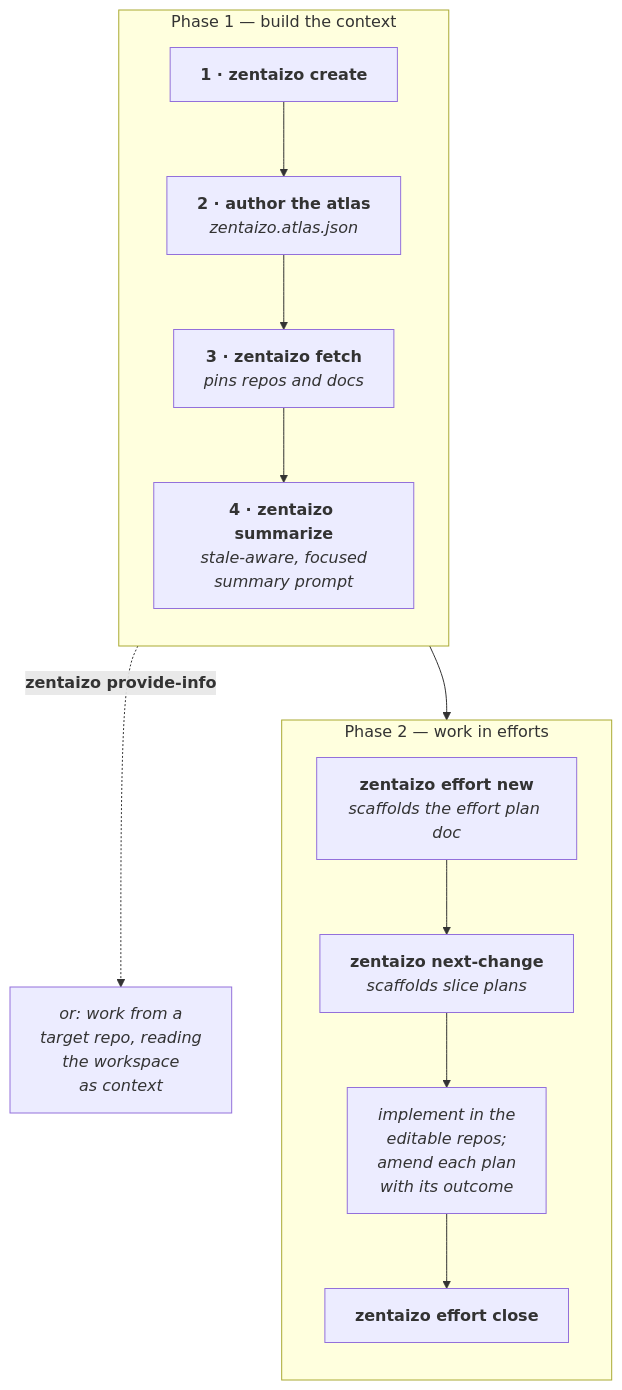
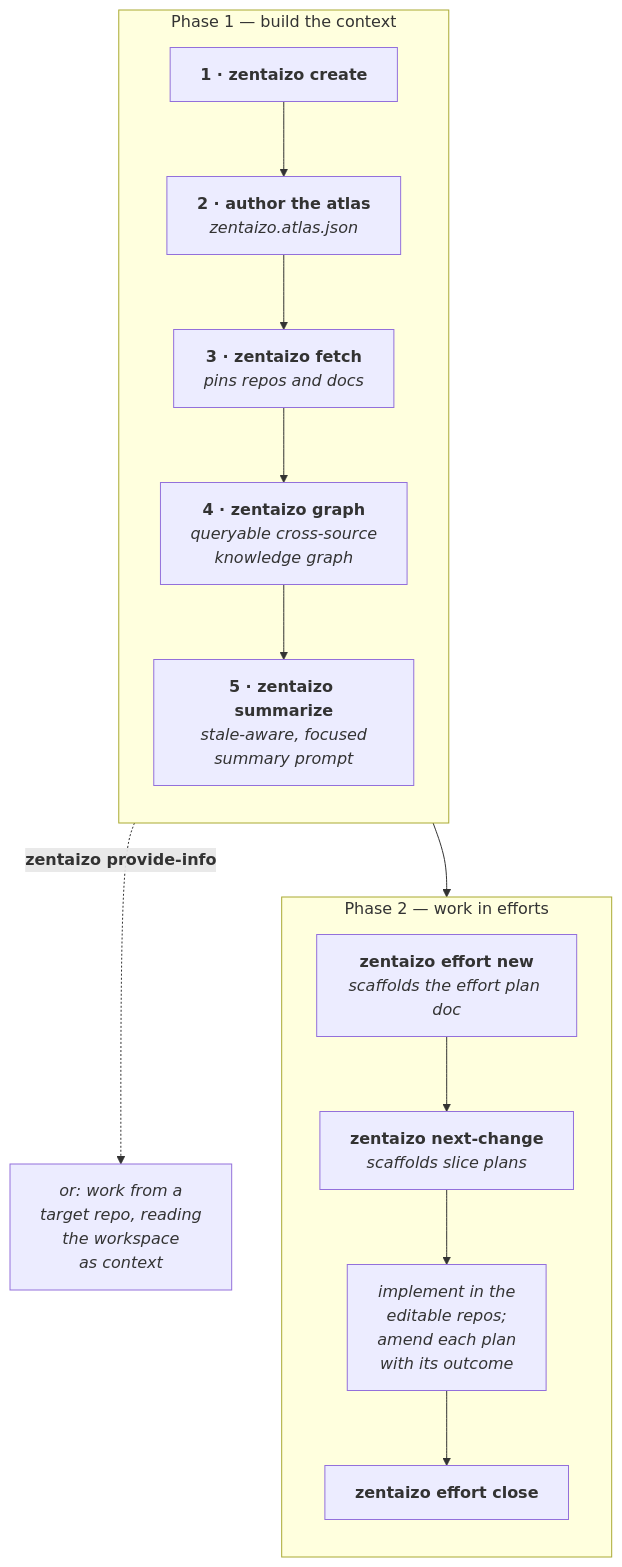
The first of 2 diagrams in README.md (DocSavage/zentaizo), drawn with Mermaid before and after one commit. The commit also changed other lines of this file, not shown here.

First line of the commit message:
README: promote graph to standard workflow; move advanced topics to bottom

````diff
--- a/README.md
+++ b/README.md
@@ -141,17 +123,18 @@
 ```mermaid
 flowchart TD
     subgraph build ["Phase 1 — build the context"]
         direction TB
         C["<b>1 · zentaizo create</b>"] --> A["<b>2 · author the atlas</b><br/><i>zentaizo.atlas.json</i>"]
         A --> F["<b>3 · zentaizo fetch</b><br/><i>pins repos and docs</i>"]
-        F --> S["<b>4 · zentaizo summarize</b><br/><i>stale-aware, focused<br/>summary prompt</i>"]
+        F --> G["<b>4 · zentaizo graph</b><br/><i>queryable cross-source<br/>knowledge graph</i>"]
+        G --> S["<b>5 · zentaizo summarize</b><br/><i>stale-aware, focused<br/>summary prompt</i>"]
     end
     subgraph work ["Phase 2 — work in efforts"]
         direction TB
         E["<b>zentaizo effort new</b><br/><i>scaffolds the effort plan doc</i>"] --> P["<b>zentaizo next-change</b><br/><i>scaffolds slice plans</i>"]
         P --> I["<i>implement in the<br/>editable repos;<br/>amend each plan<br/>with its outcome</i>"]
         I --> X["<b>zentaizo effort close</b>"]
     end
     S --> E
     S -.->|"<b>zentaizo provide-info</b>"| T["<i>or: work from a<br/>target repo, reading<br/>the workspace<br/>as context</i>"]
 ```
````
